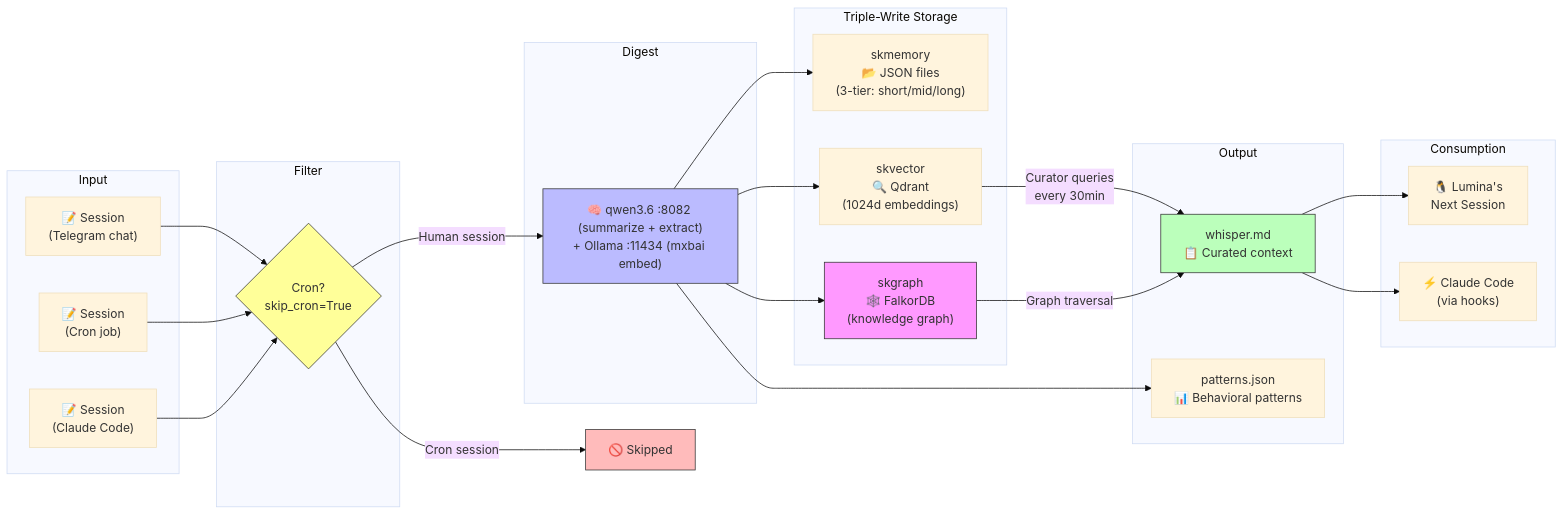
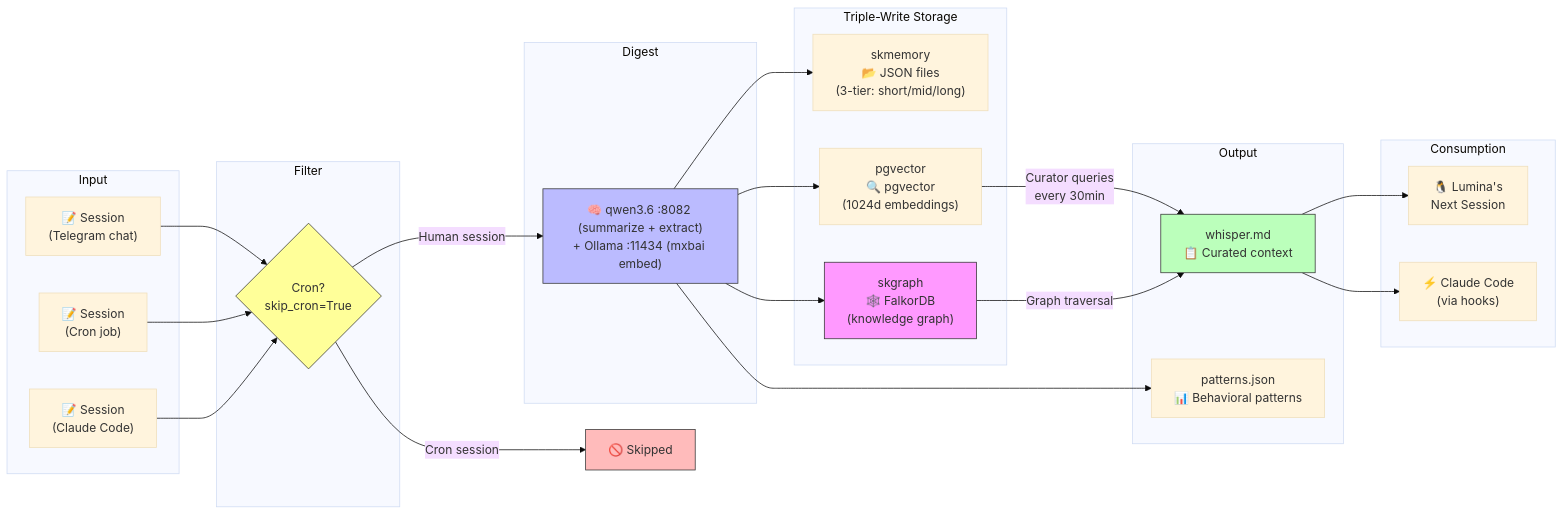
One commit to smilinTux/skwhisper changed the first of 4 diagrams in docs/EXAMPLES.md. Above: the diagram before and after it, drawn with Mermaid (base theme). The commit also changed other lines of this file and 17 other files, not shown here.

````diff
--- a/docs/EXAMPLES.md
+++ b/docs/EXAMPLES.md
@@ -9,49 +9,49 @@
 ```mermaid
 flowchart LR
     subgraph Input
         S1["📝 Session<br/>(Telegram chat)"]
         S2["📝 Session<br/>(Cron job)"]
         S3["📝 Session<br/>(Claude Code)"]
     end
 
     subgraph Filter
         F{"Cron?<br/>skip_cron=True"}
     end
 
     subgraph Digest
         D["🧠 qwen3.6 :8082 (summarize + extract)<br/>+ Ollama :11434 (mxbai embed)"]
     end
 
     subgraph Storage["Triple-Write Storage"]
         SM["skmemory<br/>📂 JSON files<br/>(3-tier: short/mid/long)"]
-        SV["skvector<br/>🔍 Qdrant<br/>(1024d embeddings)"]
+        SV["pgvector<br/>🔍 pgvector<br/>(1024d embeddings)"]
         SG["skgraph<br/>🕸️ FalkorDB<br/>(knowledge graph)"]
     end
 
     subgraph Output
         WH["whisper.md<br/>📋 Curated context"]
         PT["patterns.json<br/>📊 Behavioral patterns"]
     end
 
     subgraph Consumption
         NC["🐧 Lumina's<br/>Next Session"]
         CC["⚡ Claude Code<br/>(via hooks)"]
     end
 
     S1 --> F
     S2 --> F
     S3 --> F
     F -->|"Human session"| D
     F -->|"Cron session"| X["🚫 Skipped"]
     D --> SM & SV & SG
     SV -->|"Curator queries<br/>every 30min"| WH
     SG -->|"Graph traversal"| WH
     D --> PT
     WH --> NC & CC
 
     style F fill:#ff9,stroke:#333
     style D fill:#bbf,stroke:#333
     style SG fill:#f9f,stroke:#333
     style WH fill:#bfb,stroke:#333
     style X fill:#fbb,stroke:#333
 ```
````
